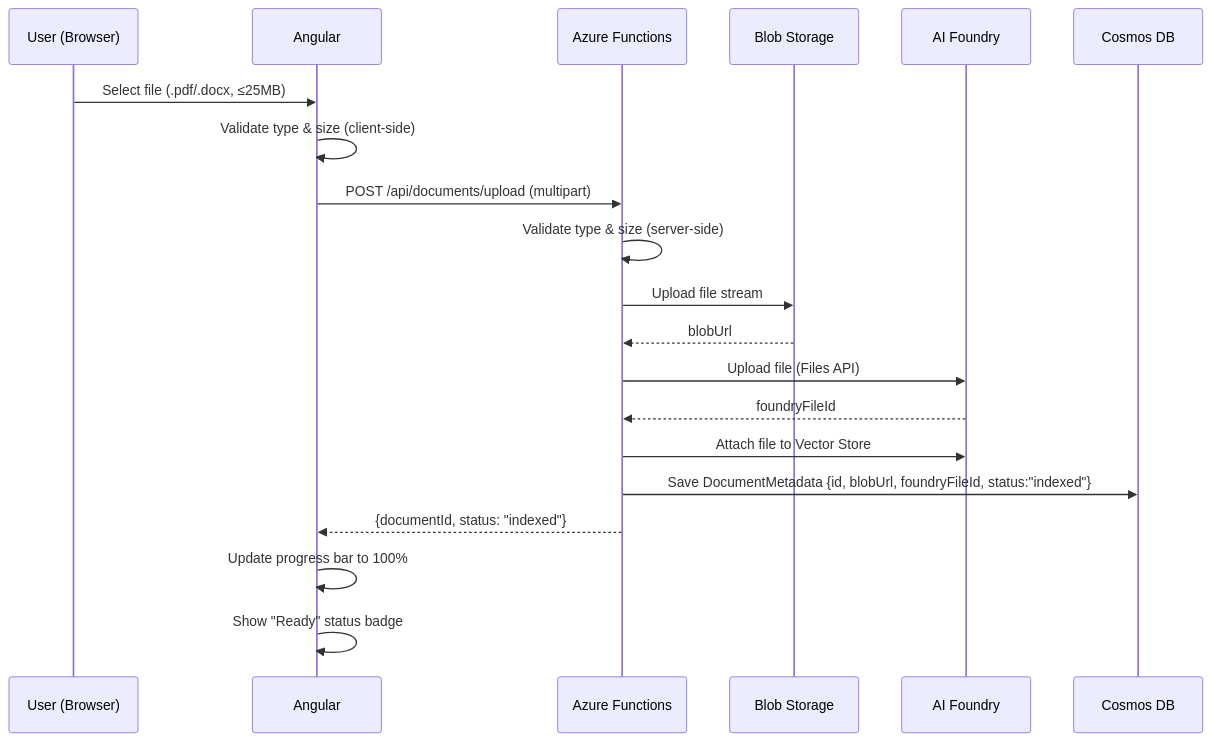
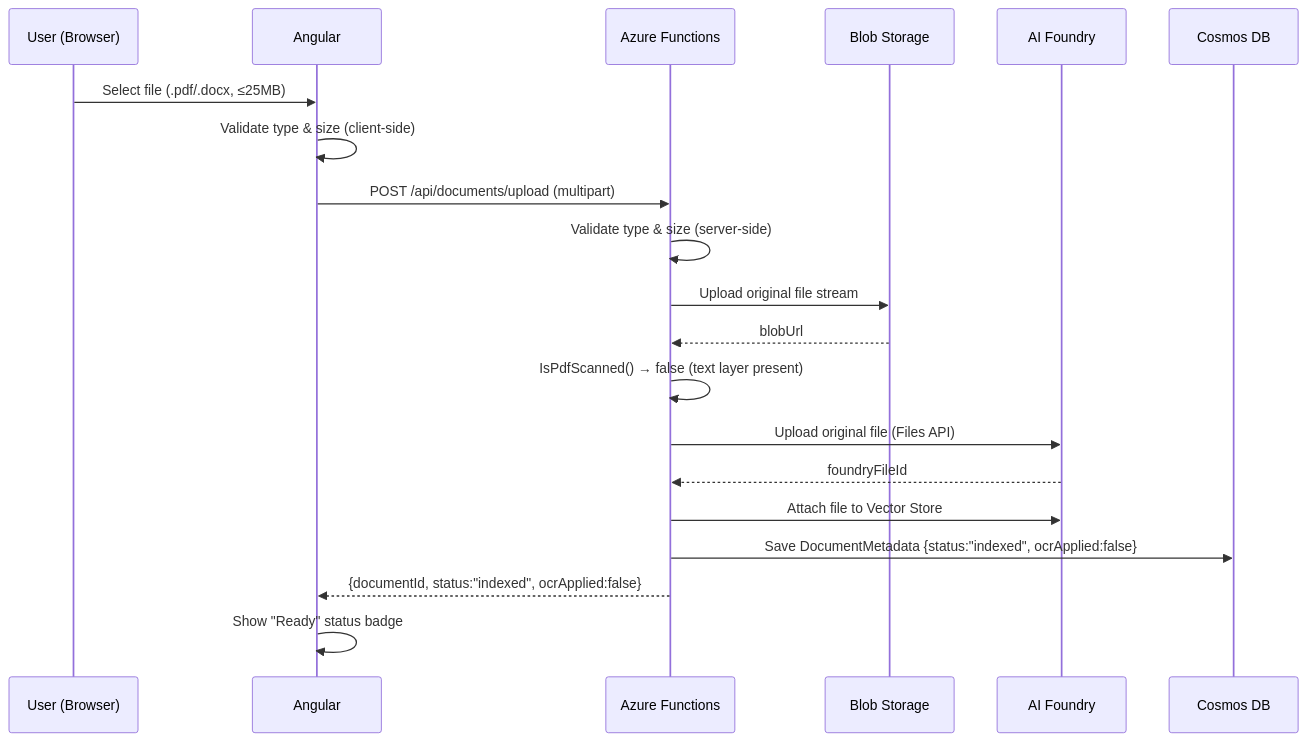
One commit to rahulpednekar-bh/Document-Reader-Chatbot changed the second of 5 diagrams in docs/architecture-diagram.md. Above: the diagram before and after it, drawn with Mermaid. The commit also changed other lines of this file and 15 other files, not shown here.

````diff
--- a/docs/architecture-diagram.md
+++ b/docs/architecture-diagram.md
@@ -47,23 +51,23 @@
 ```mermaid
 sequenceDiagram
     participant U as User (Browser)
     participant FE as Angular
     participant FN as Azure Functions
     participant Blob as Blob Storage
     participant Foundry as AI Foundry
     participant Cosmos as Cosmos DB
 
     U->>FE: Select file (.pdf/.docx, ≤25MB)
     FE->>FE: Validate type & size (client-side)
     FE->>FN: POST /api/documents/upload (multipart)
     FN->>FN: Validate type & size (server-side)
-    FN->>Blob: Upload file stream
+    FN->>Blob: Upload original file stream
     Blob-->>FN: blobUrl
-    FN->>Foundry: Upload file (Files API)
+    FN->>FN: IsPdfScanned() → false (text layer present)
+    FN->>Foundry: Upload original file (Files API)
     Foundry-->>FN: foundryFileId
     FN->>Foundry: Attach file to Vector Store
-    FN->>Cosmos: Save DocumentMetadata {id, blobUrl, foundryFileId, status:"indexed"}
-    FN-->>FE: {documentId, status: "indexed"}
-    FE->>FE: Update progress bar to 100%
+    FN->>Cosmos: Save DocumentMetadata {status:"indexed", ocrApplied:false}
+    FN-->>FE: {documentId, status:"indexed", ocrApplied:false}
     FE->>FE: Show "Ready" status badge
 ```
````
